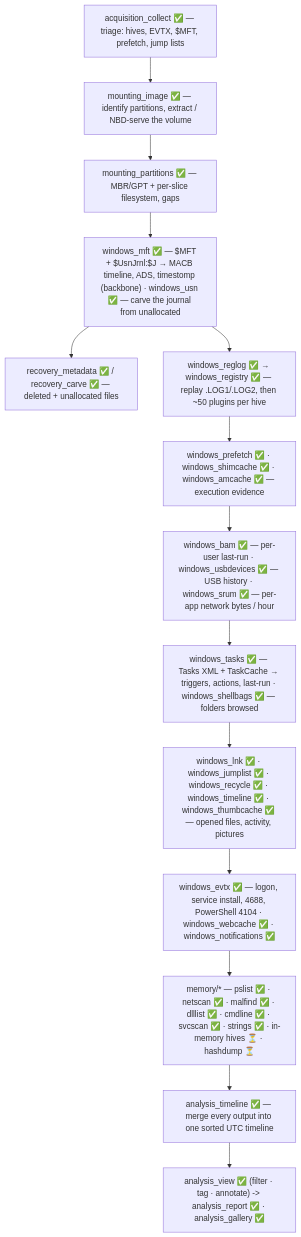
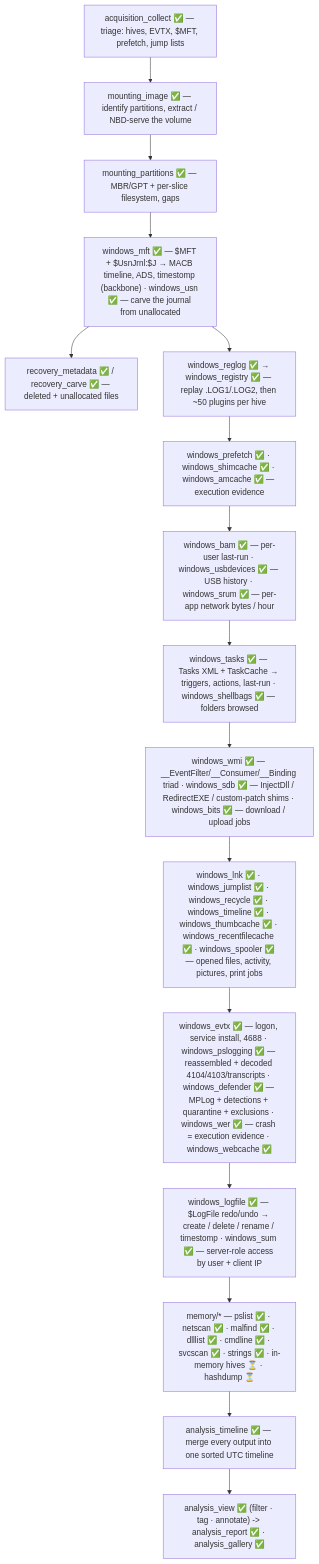
Before and after one commit to mostafaimam/Forensics-Tools: the second of 4 diagrams in README.md, drawn with Mermaid. The commit also changed other lines of this file, not shown here.

First line of the commit message:
README: mark the 10 Windows tools built (pslogging, defender, bits, wmi, wer, sdb, recentfilecache, sum, spooler, logfile)

````diff
--- a/README.md
+++ b/README.md
@@ -310,16 +310,18 @@
 ```mermaid
 flowchart TD
     A["acquisition_collect ✅ — triage: hives, EVTX, $MFT, prefetch, jump lists"] --> B["mounting_image ✅ — identify partitions, extract / NBD-serve the volume"]
     B --> MP["mounting_partitions ✅ — MBR/GPT + per-slice filesystem, gaps"]
     MP --> C["windows_mft ✅ — $MFT + $UsnJrnl:$J → MACB timeline, ADS, timestomp (backbone) · windows_usn ✅ — carve the journal from unallocated"]
     C --> RC["recovery_metadata ✅ / recovery_carve ✅ — deleted + unallocated files"]
     C --> D["windows_reglog ✅ → windows_registry ✅ — replay .LOG1/.LOG2, then ~50 plugins per hive"]
     D --> E["windows_prefetch ✅ · windows_shimcache ✅ · windows_amcache ✅ — execution evidence"]
     E --> BAM["windows_bam ✅ — per-user last-run · windows_usbdevices ✅ — USB history · windows_srum ✅ — per-app network bytes / hour"]
     BAM --> TS["windows_tasks ✅ — Tasks XML + TaskCache → triggers, actions, last-run · windows_shellbags ✅ — folders browsed"]
-    TS --> F["windows_lnk ✅ · windows_jumplist ✅ · windows_recycle ✅ · windows_timeline ✅ · windows_thumbcache ✅ — opened files, activity, pictures"]
-    F --> G["windows_evtx ✅ — logon, service install, 4688, PowerShell 4104 · windows_webcache ✅ · windows_notifications ✅"]
-    G --> H["memory/* — pslist ✅ · netscan ✅ · malfind ✅ · dlllist ✅ · cmdline ✅ · svcscan ✅ · strings ✅ · in-memory hives ⏳ · hashdump ⏳"]
+    TS --> WMI["windows_wmi ✅ — __EventFilter/__Consumer/__Binding triad · windows_sdb ✅ — InjectDll / RedirectEXE / custom-patch shims · windows_bits ✅ — download / upload jobs"]
+    WMI --> F["windows_lnk ✅ · windows_jumplist ✅ · windows_recycle ✅ · windows_timeline ✅ · windows_thumbcache ✅ · windows_recentfilecache ✅ · windows_spooler ✅ — opened files, activity, pictures, print jobs"]
+    F --> G["windows_evtx ✅ — logon, service install, 4688 · windows_pslogging ✅ — reassembled + decoded 4104/4103/transcripts · windows_defender ✅ — MPLog + detections + quarantine + exclusions · windows_wer ✅ — crash = execution evidence · windows_webcache ✅"]
+    G --> LF["windows_logfile ✅ — $LogFile redo/undo → create / delete / rename / timestomp · windows_sum ✅ — server-role access by user + client IP"]
+    LF --> H["memory/* — pslist ✅ · netscan ✅ · malfind ✅ · dlllist ✅ · cmdline ✅ · svcscan ✅ · strings ✅ · in-memory hives ⏳ · hashdump ⏳"]
     H --> I["analysis_timeline ✅ — merge every output into one sorted UTC timeline"]
     I --> J["analysis_view ✅ (filter · tag · annotate) -> analysis_report ✅ · analysis_gallery ✅"]
 ```
````
